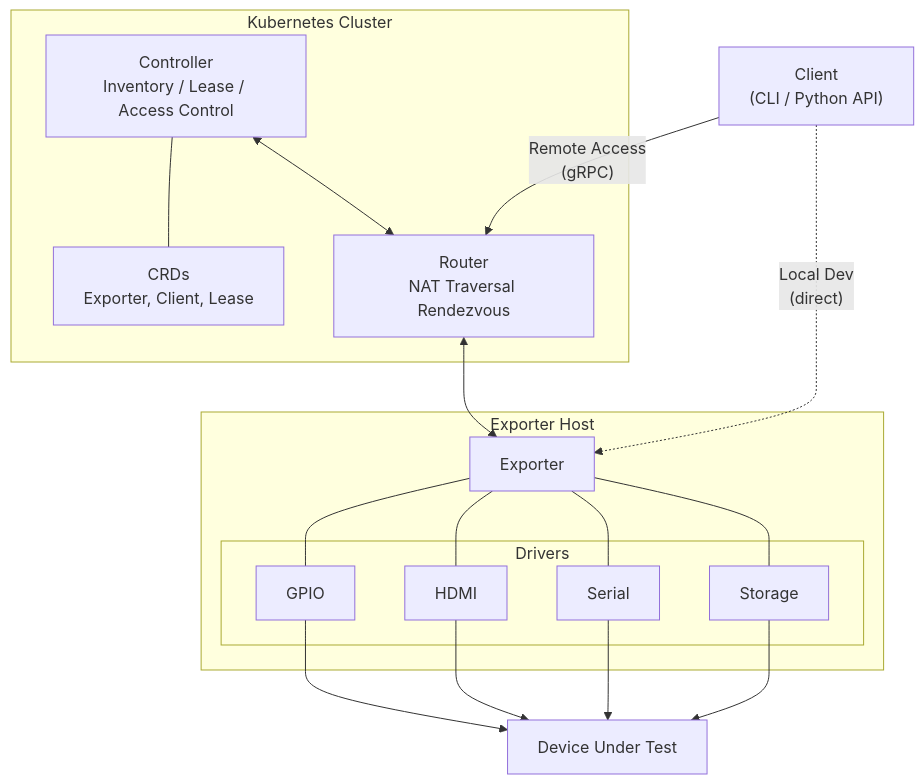
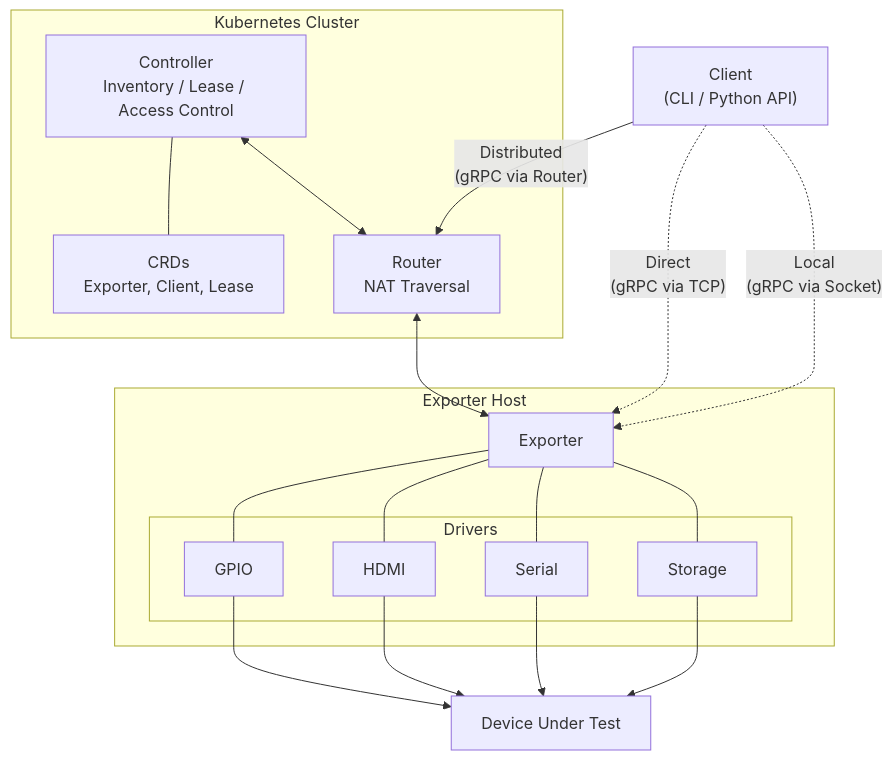
The first of 4 diagrams in python/docs/source/introduction/index.md (jumpstarter-dev/jumpstarter), drawn with Mermaid before and after one commit.

Commit message:
docs: show all three operation modes in core components diagram
Replace the two-path diagram (remote + local) with three distinct
paths: Distributed (via Router), Direct (TCP), and Local (socket).

````diff
--- a/python/docs/source/introduction/index.md
+++ b/python/docs/source/introduction/index.md
@@ -57,36 +57,37 @@
 ```{mermaid}
 flowchart TB
     subgraph "Kubernetes Cluster"
         Controller["Controller\nInventory / Lease / Access Control"]
-        Router["Router\nNAT Traversal Rendezvous"]
+        Router["Router\nNAT Traversal"]
         CRDs["CRDs\nExporter, Client, Lease"]
         Controller --- CRDs
+        Controller <--> Router
     end
 
     subgraph "Exporter Host"
         Exporter["Exporter"]
         subgraph "Drivers"
             GPIO["GPIO"]
             HDMI["HDMI"]
             Serial["Serial"]
             Storage["Storage"]
         end
         Exporter --- GPIO
         Exporter --- HDMI
         Exporter --- Serial
         Exporter --- Storage
     end
 
     DUT["Device Under Test"]
     GPIO --> DUT
     HDMI --> DUT
     Serial --> DUT
     Storage --> DUT
 
     Client["Client\n(CLI / Python API)"]
 
-    Client -- "Remote Access\n(gRPC)" --> Router
+    Client -- "Distributed\n(gRPC via Router)" --> Router
     Router <--> Exporter
-    Client -. "Local Dev\n(direct)" .-> Exporter
-    Controller <--> Router
+    Client -. "Direct\n(gRPC via TCP)" .-> Exporter
+    Client -. "Local\n(gRPC via Socket)" .-> Exporter
 ```
````
